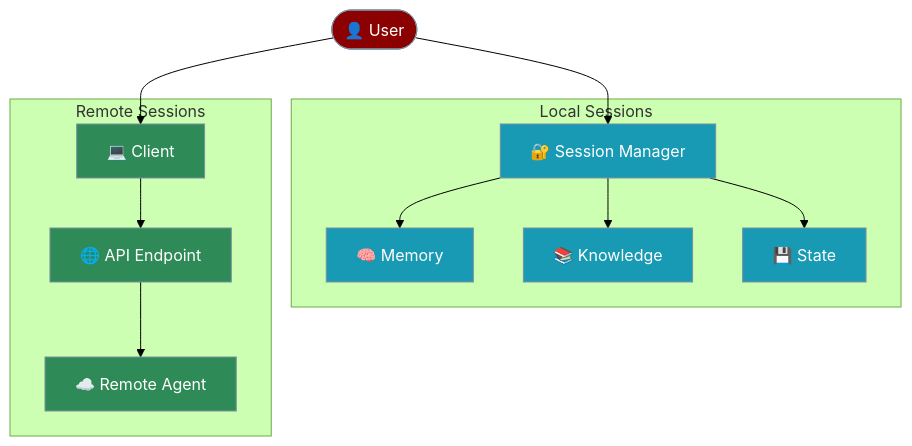
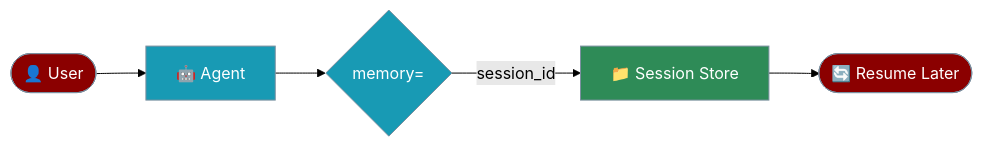
The diagram in docs/features/sessions.mdx (MervinPraison/PraisonAIDocs), drawn with Mermaid (forest theme) before and after one commit. The commit also changed other lines of this file and 3 other files, not shown here.

Commit message:
Update session management and memory documentation

````diff
--- a/docs/features/sessions.mdx
+++ b/docs/features/sessions.mdx
@@ -11,32 +35,15 @@
 ```mermaid
-graph TB
-    subgraph Local Sessions
-        LS[🔐 Session Manager]
-        MEM[🧠 Memory]
-        KNOW[📚 Knowledge]
-        STATE[💾 State]
-    end
-    
-    subgraph Remote Sessions
-        CLIENT[💻 Client]
-        REMOTE[☁️ Remote Agent]
-        API[🌐 API Endpoint]
-    end
-    
-    User([👤 User]) --> LS
-    LS --> MEM
-    LS --> KNOW
-    LS --> STATE
-    
-    User --> CLIENT
-    CLIENT --> API
-    API --> REMOTE
+graph LR
+    User([👤 User]) --> Agent[🤖 Agent]
+    Agent --> Memory{memory=}
+    Memory -->|session_id| Store[📁 Session Store]
+    Store --> Resume([🔄 Resume Later])
     
     classDef user fill:#8B0000,stroke:#7C90A0,color:#fff
-    classDef local fill:#189AB4,stroke:#7C90A0,color:#fff
-    classDef remote fill:#2E8B57,stroke:#7C90A0,color:#fff
+    classDef agent fill:#189AB4,stroke:#7C90A0,color:#fff
+    classDef store fill:#2E8B57,stroke:#7C90A0,color:#fff
     
-    class User user
-    class LS,MEM,KNOW,STATE local
-    class CLIENT,REMOTE,API remote
+    class User,Resume user
+    class Agent,Memory agent
+    class Store store
 ```
````
